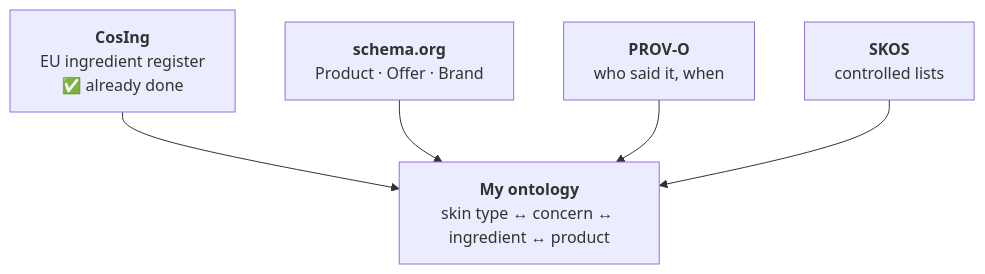
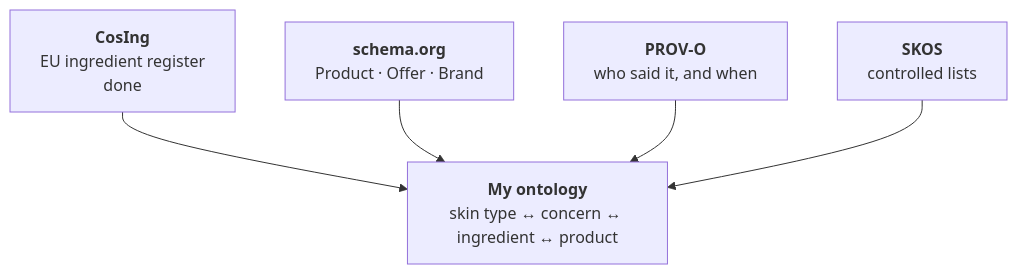
Before and after one commit to devexlynne/A-Multi-Source-Enriched-Skincare-Product-Dataset-for-Knowledge-Graph-Based-Recommendation: the sixth of 8 diagrams in ONTOLOGY_REUSE.md, drawn with Mermaid. The commit also changed other lines of this file and 5 other files, not shown here.

````diff
--- a/ONTOLOGY_REUSE.md
+++ b/ONTOLOGY_REUSE.md
@@ -155,12 +154,12 @@
 ```mermaid
 graph TB
     MY["<b>My ontology</b><br/>skin type ↔ concern ↔ ingredient ↔ product"]
-    C1["<b>CosIng</b><br/>EU ingredient register<br/>✅ already done"]
+    C1["<b>CosIng</b><br/>EU ingredient register<br/>done"]
     C2["<b>schema.org</b><br/>Product · Offer · Brand"]
-    C3["<b>PROV-O</b><br/>who said it, when"]
+    C3["<b>PROV-O</b><br/>who said it, and when"]
     C4["<b>SKOS</b><br/>controlled lists"]
     C1 --> MY
     C2 --> MY
     C3 --> MY
     C4 --> MY
 ```
````
